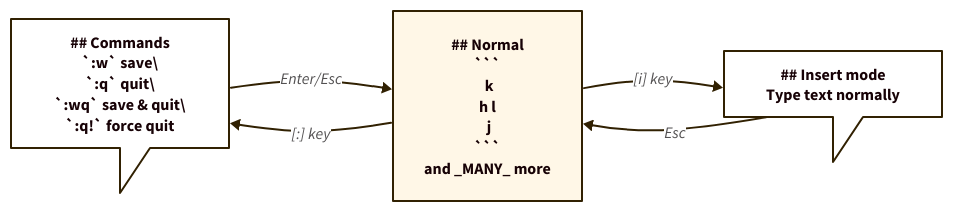
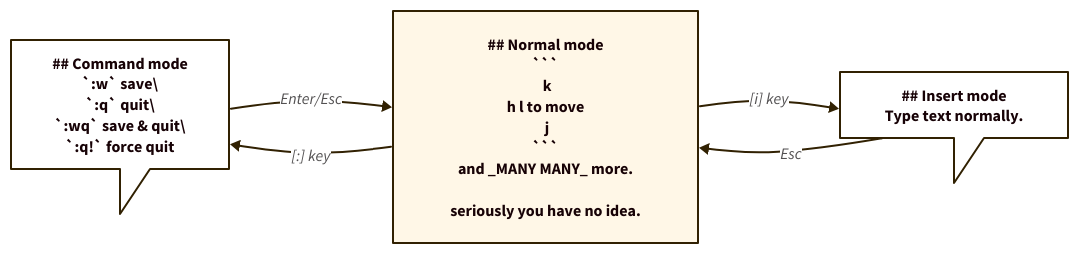
One commit to vEnhance/ssg.evanchen.cc changed the diagram in static/d2/vimmodes.d2. Above: the diagram before and after it, drawn with D2. The commit also changed 1 other file, not shown here.

Commit message:
polish: clean up vim modes diagram

````diff
--- a/static/d2/vimmodes.d2
+++ b/static/d2/vimmodes.d2
@@ -1,40 +1,42 @@
 vars: {
   d2-config: {
     layout-engine: dagre
     theme-id: 105
   }
 }
 
 direction: right
 
 command: |md
-  ## Commands
+  ## Command mode
   `:w` save\
   `:q` quit\
   `:wq` save & quit\
   `:q!` force quit
 |
 command.shape: callout
 
 command <- normal: "[:] key"
 normal <- command: Enter/Esc
 
 normal: |md
-  ## Normal
+  ## Normal mode
   ```
     k
-  h   l
+  h   l to move
     j
   ```
-  and _MANY_ more
+  and _MANY MANY_ more.
+
+  seriously you have no idea.
 |
 normal.shape: rectangle
 
 insert <- normal: "[i] key"
 normal <- insert: Esc
 
 insert: |md
   ## Insert mode
-  Type text normally
+  Type text normally.
 |
 insert.shape: callout
````
